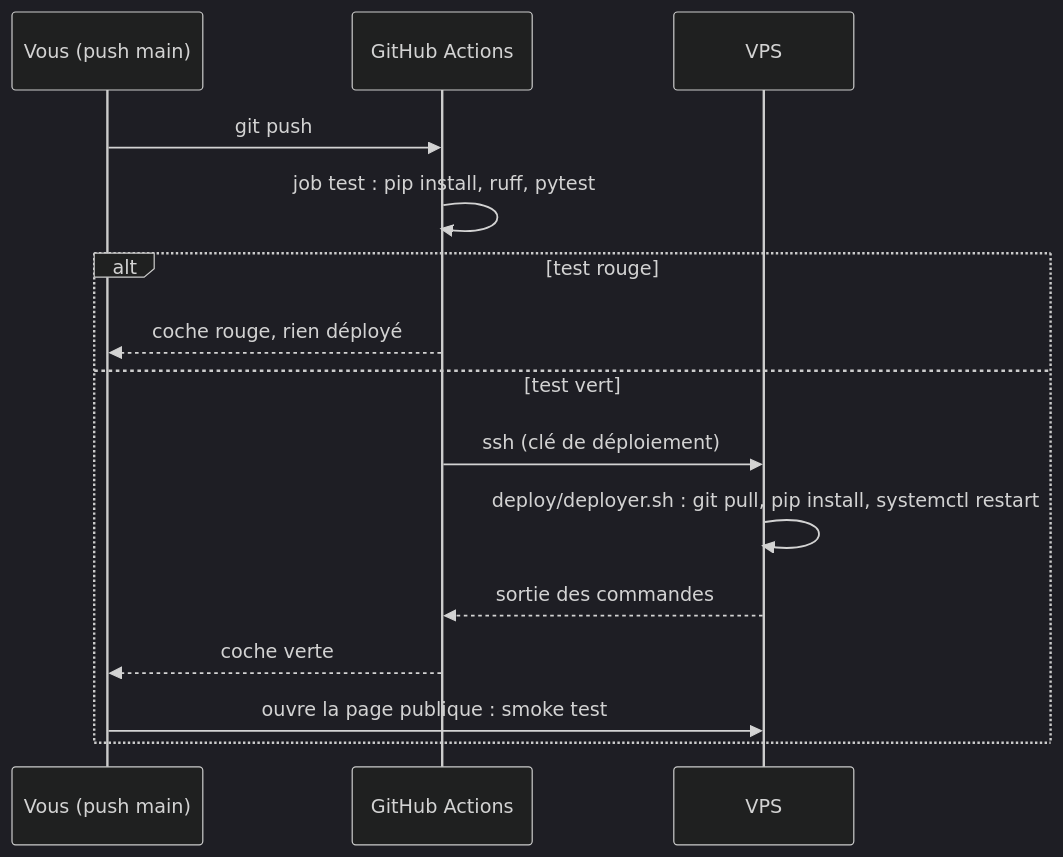
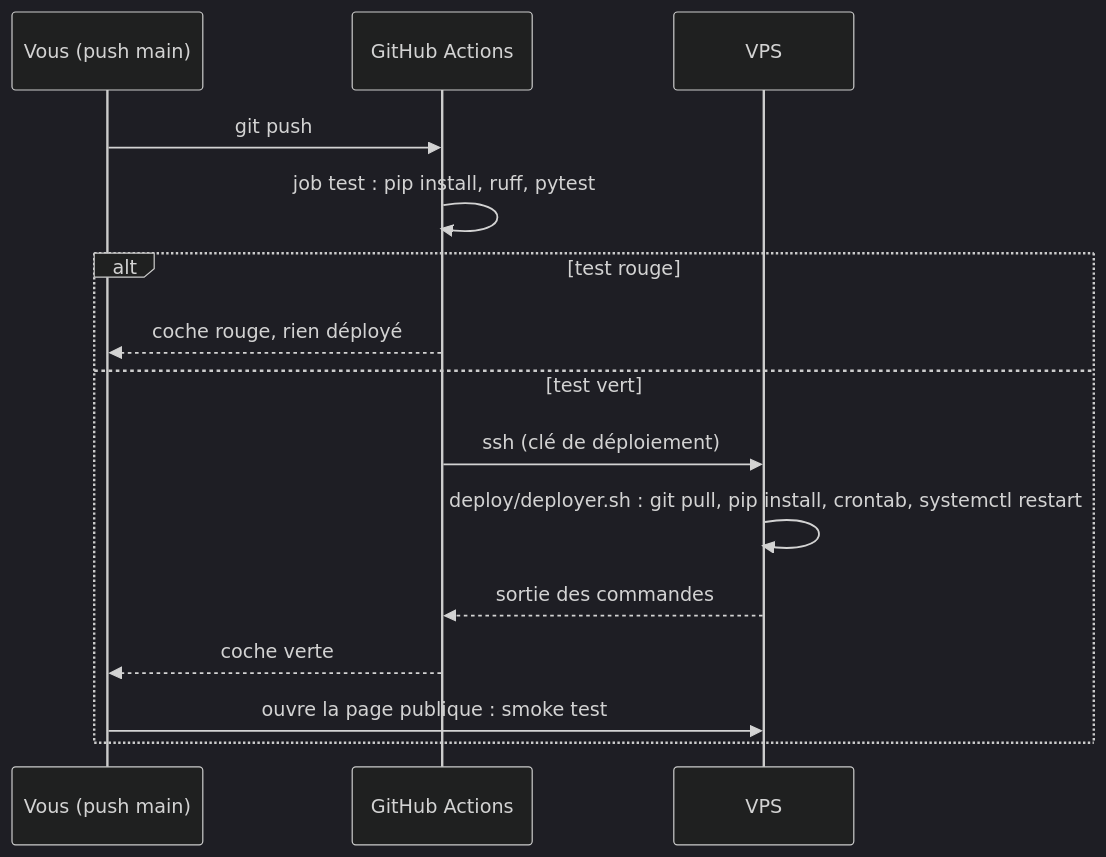
Before and after one commit to lecinquiemejour-code/goodvibe-tuto: diagram 33 of 39 in tuto-goodvibe-vibecoding.md, drawn with Mermaid (dark theme). The commit also changed other lines of this file, not shown here.

Commit message:
Fiche 12 : le cron expliqué, diagrammes à l'appui (où il est écrit, comment le lire, le voir, le vérifier)

````diff
--- a/tuto-goodvibe-vibecoding.md
+++ b/tuto-goodvibe-vibecoding.md
@@ -1284,17 +1384,17 @@
 ```mermaid
 sequenceDiagram
     participant D as Vous (push main)
     participant GH as GitHub Actions
     participant V as VPS
     D->>GH: git push
     GH->>GH: job test : pip install, ruff, pytest
     alt test rouge
         GH-->>D: coche rouge, rien déployé
     else test vert
         GH->>V: ssh (clé de déploiement)
-        V->>V: deploy/deployer.sh : git pull, pip install, systemctl restart
+        V->>V: deploy/deployer.sh : git pull, pip install, crontab, systemctl restart
         V-->>GH: sortie des commandes
         GH-->>D: coche verte
         D->>V: ouvre la page publique : smoke test
     end
 ```
````
